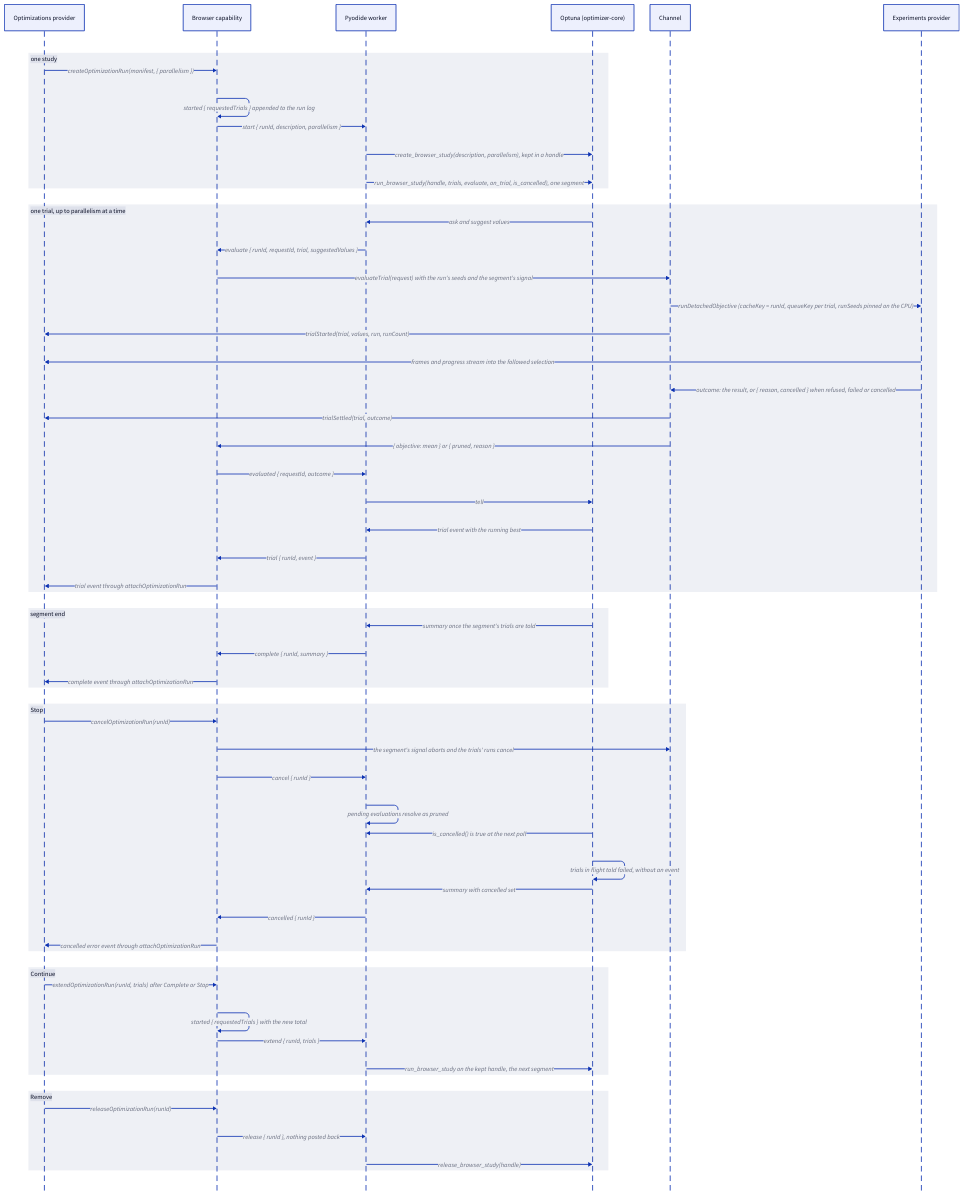
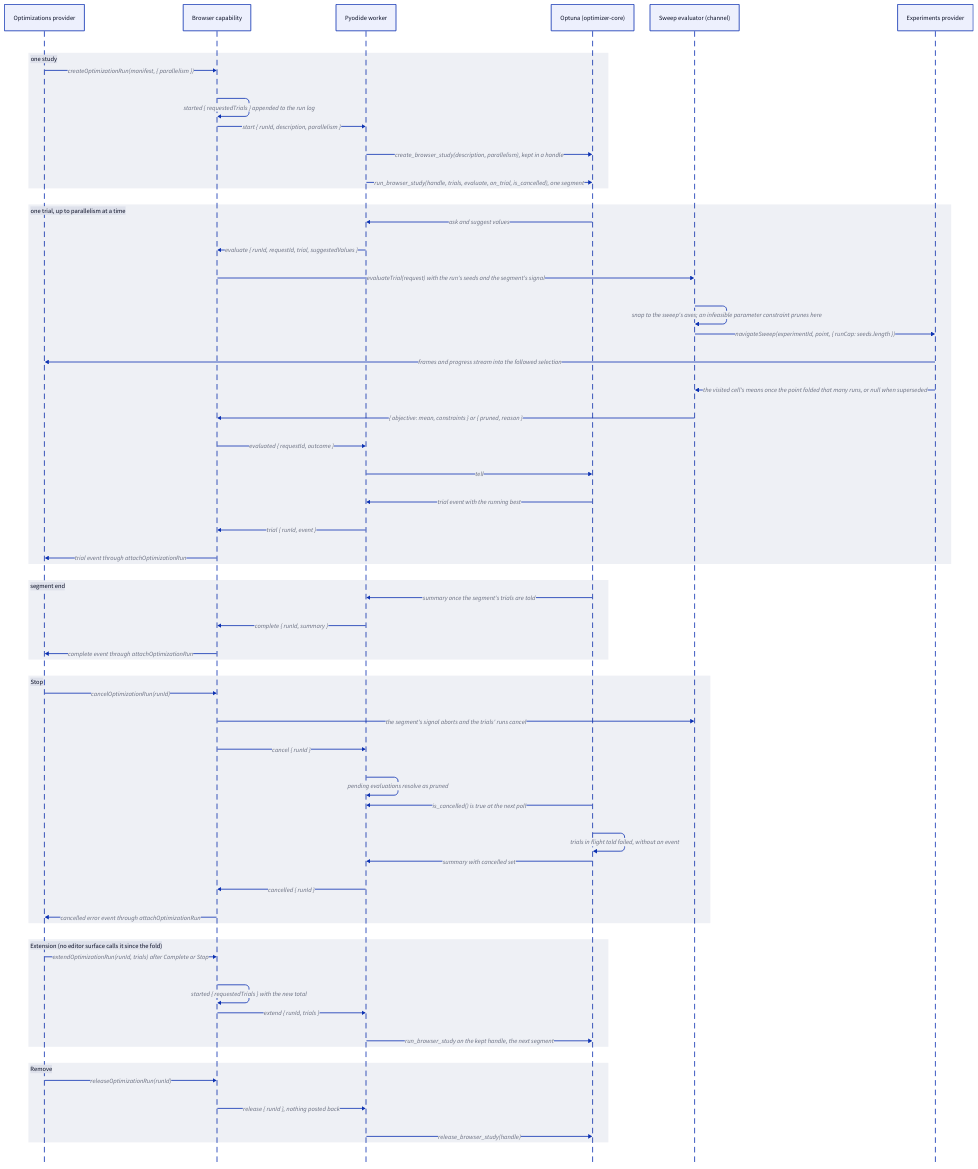
Before and after one commit to hashintel/hash: the diagram in libs/@local/petrinaut-arch-docs/content/diagrams/browser-optimization-loop.d2, drawn with D2. The commit also changed 21 other files, not shown here.

Commit message:
Fold the optimization guide into the experiments guide and retarget the architecture docs

```diff
--- a/libs/@local/petrinaut-arch-docs/content/diagrams/browser-optimization-loop.d2
+++ b/libs/@local/petrinaut-arch-docs/content/diagrams/browser-optimization-loop.d2
@@ -1,65 +1,64 @@
 # Hand-written; rendered by the arch-docs build.
 shape: sequence_diagram
 
 provider: Optimizations provider
 capability: Browser capability
 worker: Pyodide worker
 optuna: Optuna (optimizer-core)
-channel: Channel
+channel: Sweep evaluator (channel)
 experiments: Experiments provider
 
 one study: {
   provider -> capability: "createOptimizationRun(manifest, { parallelism })"
   capability -> capability: "started { requestedTrials } appended to the run log"
   capability -> worker: "start { runId, description, parallelism }"
   worker -> optuna: create_browser_study(description, parallelism), kept in a handle
   worker -> optuna: run_browser_study(handle, trials, evaluate, on_trial, is_cancelled), one segment
 }
 
 one trial, up to parallelism at a time: {
   optuna -> worker: ask and suggest values
   worker -> capability: "evaluate { runId, requestId, trial, suggestedValues }"
   capability -> channel: evaluateTrial(request) with the run's seeds and the segment's signal
-  channel -> experiments: "runDetachedObjective (cacheKey = runId, queueKey per trial, runSeeds pinned on the CPU)"
-  channel -> provider: trialStarted(trial, values, run, runCount)
+  channel -> channel: "snap to the sweep's axes; an infeasible parameter constraint prunes here"
+  channel -> experiments: "navigateSweep(experimentId, point, { runCap: seeds.length })"
   experiments -> provider: frames and progress stream into the followed selection
-  experiments -> channel: "outcome: the result, or { reason, cancelled } when refused, failed or cancelled"
-  channel -> provider: trialSettled(trial, outcome)
-  channel -> capability: "{ objective: mean } or { pruned, reason }"
+  experiments -> channel: "the visited cell's means once the point folded that many runs, or null when superseded"
+  channel -> capability: "{ objective: mean, constraints } or { pruned, reason }"
   capability -> worker: "evaluated { requestId, outcome }"
   worker -> optuna: tell
   optuna -> worker: trial event with the running best
   worker -> capability: "trial { runId, event }"
   capability -> provider: trial event through attachOptimizationRun
 }
 
 segment end: {
   optuna -> worker: summary once the segment's trials are told
   worker -> capability: "complete { runId, summary }"
   capability -> provider: complete event through attachOptimizationRun
 }
 
 Stop: {
   provider -> capability: cancelOptimizationRun(runId)
   capability -> channel: the segment's signal aborts and the trials' runs cancel
   capability -> worker: "cancel { runId }"
   worker -> worker: pending evaluations resolve as pruned
   optuna -> worker: is_cancelled() is true at the next poll
   optuna -> optuna: trials in flight told failed, without an event
   optuna -> worker: summary with cancelled set
   worker -> capability: "cancelled { runId }"
   capability -> provider: cancelled error event through attachOptimizationRun
 }
 
-Continue: {
+Extension (no editor surface calls it since the fold): {
   provider -> capability: extendOptimizationRun(runId, trials) after Complete or Stop
   capability -> capability: "started { requestedTrials } with the new total"
   capability -> worker: "extend { runId, trials }"
   worker -> optuna: run_browser_study on the kept handle, the next segment
 }
 
 Remove: {
   provider -> capability: releaseOptimizationRun(runId)
   capability -> worker: "release { runId }, nothing posted back"
   worker -> optuna: release_browser_study(handle)
 }
```
